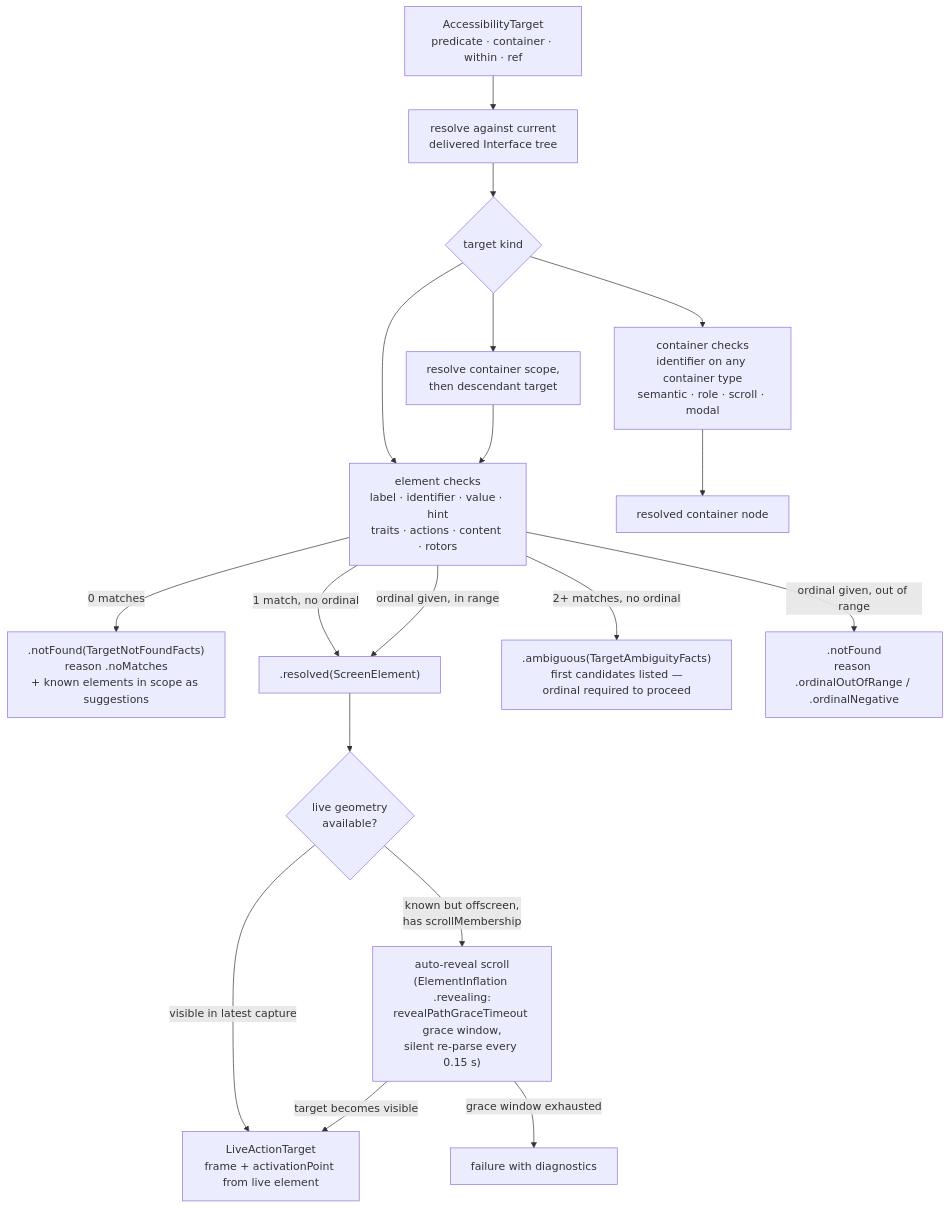
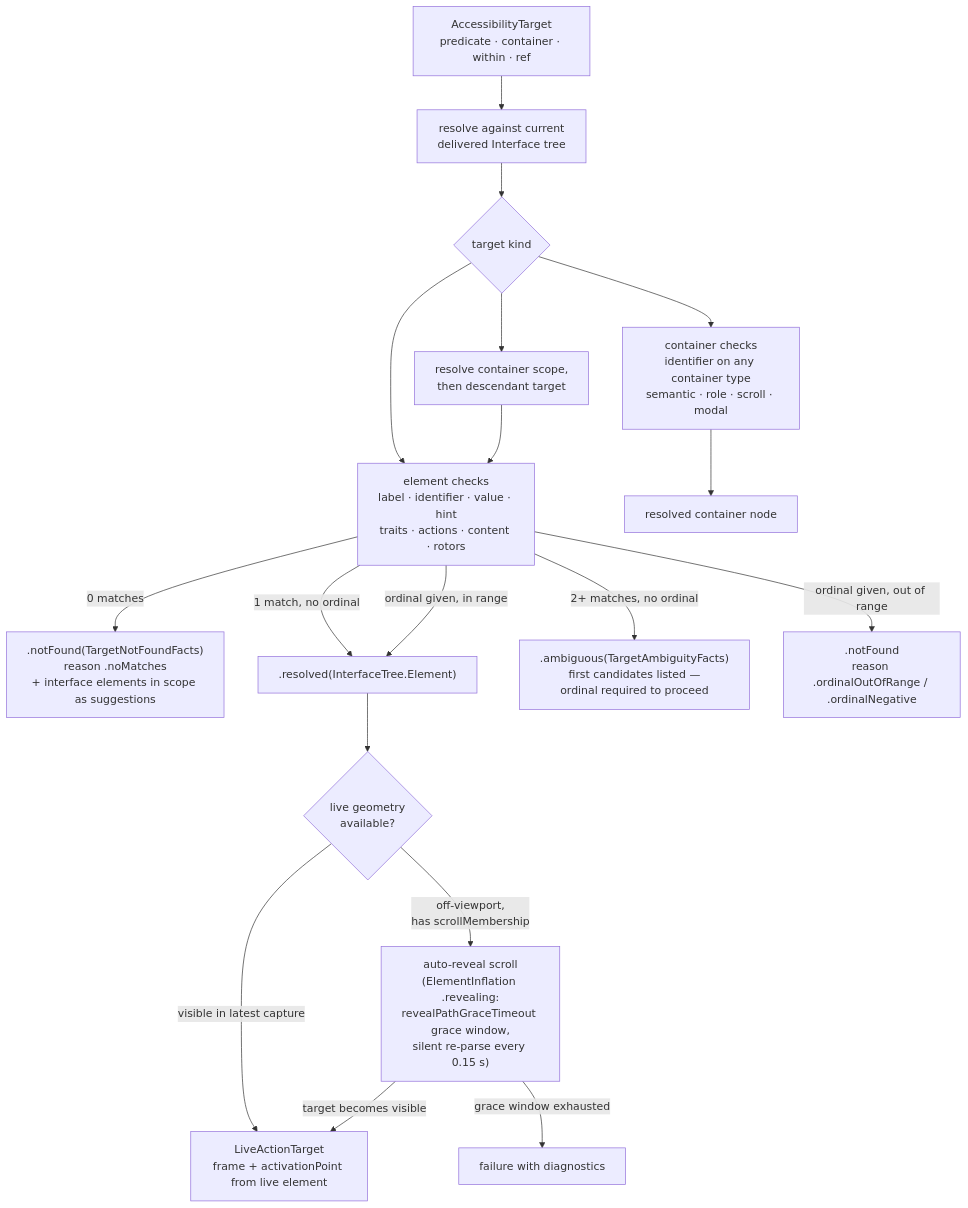
Before and after one commit to RoyalPineapple/TheButtonHeist: the diagram in docs/diagrams/element-inflation.md, drawn with Mermaid. The commit also changed other lines of this file and 91 other files, not shown here.

Commit message:
Unify interface state around InterfaceTree

````diff
--- a/docs/diagrams/element-inflation.md
+++ b/docs/diagrams/element-inflation.md
@@ -10,22 +10,22 @@
 ```mermaid
 flowchart TD
     TARGET["AccessibilityTarget<br/>predicate · container · within · ref"] --> SCOPE["resolve against current<br/>delivered Interface tree"]
     SCOPE --> KIND{"target kind"}
     KIND --> MATCH["element checks<br/>label · identifier · value · hint<br/>traits · actions · content · rotors"]
     KIND --> CMATCH["container checks<br/>identifier on any container type<br/>semantic · role · scroll · modal"]
     KIND --> WITHIN["resolve container scope,<br/>then descendant target"]
     CMATCH --> RESOLVEDNODE["resolved container node"]
     WITHIN --> MATCH
 
-    MATCH -- "0 matches" --> NOTFOUND[".notFound(TargetNotFoundFacts)<br/>reason .noMatches<br/>+ known elements in scope as suggestions"]
-    MATCH -- "1 match, no ordinal" --> RESOLVED[".resolved(ScreenElement)"]
+    MATCH -- "0 matches" --> NOTFOUND[".notFound(TargetNotFoundFacts)<br/>reason .noMatches<br/>+ interface elements in scope as suggestions"]
+    MATCH -- "1 match, no ordinal" --> RESOLVED[".resolved(InterfaceTree.Element)"]
     MATCH -- "2+ matches, no ordinal" --> AMBIG[".ambiguous(TargetAmbiguityFacts)<br/>first candidates listed —<br/>ordinal required to proceed"]
     MATCH -- "ordinal given, in range" --> RESOLVED
     MATCH -- "ordinal given, out of range" --> NOTFOUND2[".notFound<br/>reason .ordinalOutOfRange / .ordinalNegative"]
 
     RESOLVED --> LIVE{"live geometry<br/>available?"}
     LIVE -- "visible in latest capture" --> ACT["LiveActionTarget<br/>frame + activationPoint from live element"]
-    LIVE -- "known but offscreen,<br/>has scrollMembership" --> REVEAL["auto-reveal scroll<br/>(ElementInflation .revealing:<br/>revealPathGraceTimeout grace window,<br/>silent re-parse every 0.15 s)"]
+    LIVE -- "off-viewport,<br/>has scrollMembership" --> REVEAL["auto-reveal scroll<br/>(ElementInflation .revealing:<br/>revealPathGraceTimeout grace window,<br/>silent re-parse every 0.15 s)"]
     REVEAL -- "target becomes visible" --> ACT
     REVEAL -- "grace window exhausted" --> MISS["failure with diagnostics"]
 ```
````
